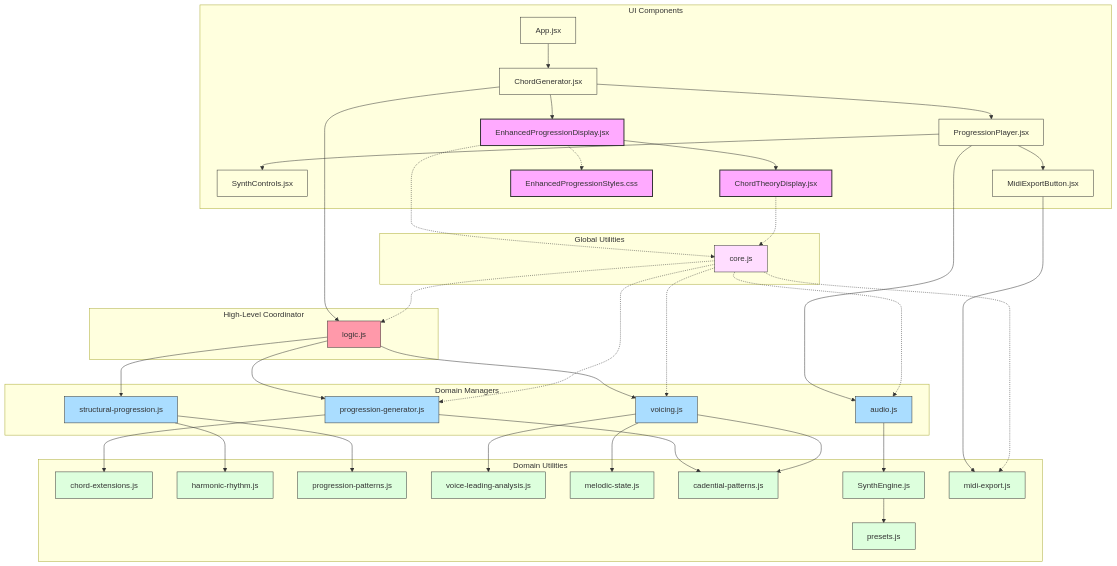
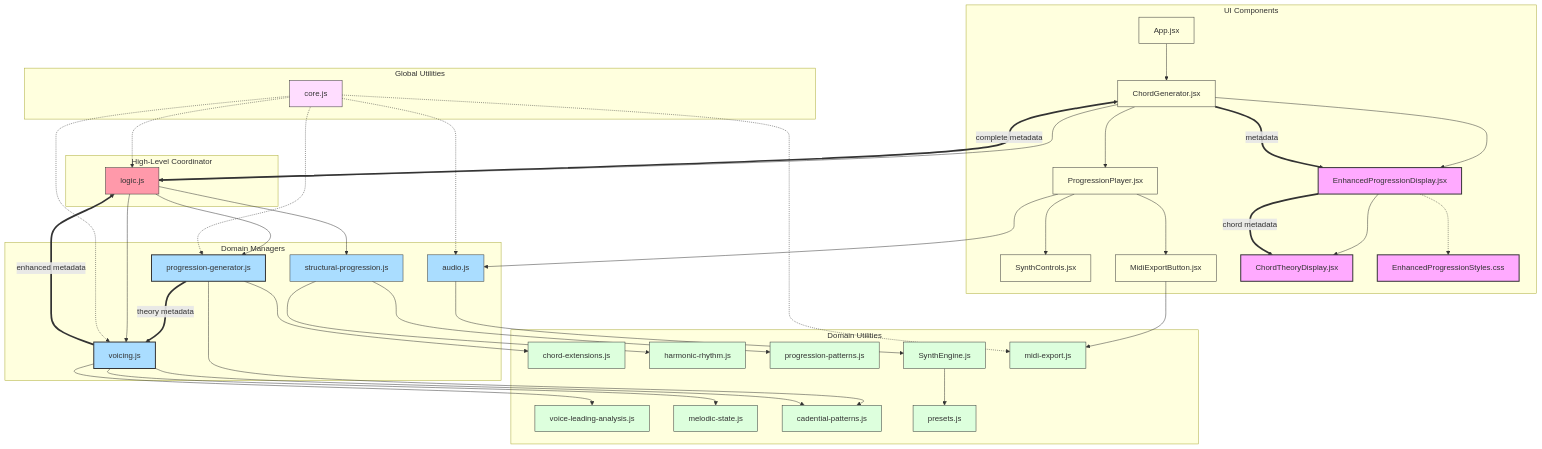
The diagram in src/docs/project-structure.mermaid (late-cretaceous/chord-generator), drawn with Mermaid before and after one commit. The commit also changed 7 other files, not shown here.

Commit message:
refactor: music theory informaiton included as part of the chord object

```diff
--- a/src/docs/project-structure.mermaid
+++ b/src/docs/project-structure.mermaid
@@ -1,92 +1,96 @@
 flowchart TD
     subgraph UI_Components["UI Components"]
         App["App.jsx"]
         ChordGen["ChordGenerator.jsx"]
         ProgPlayer["ProgressionPlayer.jsx"]
         SynthCtrls["SynthControls.jsx"]
         MidiBtn["MidiExportButton.jsx"]
-        EnhProgDisp["EnhancedProgressionDisplay.jsx"]:::new
-        ChordTheory["ChordTheoryDisplay.jsx"]:::new
-        EnhStyles["EnhancedProgressionStyles.css"]:::new
+        EnhProgDisp["EnhancedProgressionDisplay.jsx"]:::enhanced
+        ChordTheory["ChordTheoryDisplay.jsx"]:::enhanced
+        EnhStyles["EnhancedProgressionStyles.css"]:::enhanced
     end
     
     subgraph High_Level["High-Level Coordinator"]
         logic["logic.js"]
     end
     
     subgraph Domain_Managers["Domain Managers"]
-        progression["progression-generator.js"]
+        progression["progression-generator.js"]:::enhanced
         structural["structural-progression.js"]
-        voicing["voicing.js"]
+        voicing["voicing.js"]:::enhanced
         audio["audio.js"]
     end
     
     subgraph Domain_Utilities["Domain Utilities"]
         chordExt["chord-extensions.js"]
         harmRhythm["harmonic-rhythm.js"]
         progPatterns["progression-patterns.js"]
         voiceAnalysis["voice-leading-analysis.js"]
         melodicState["melodic-state.js"]
         cadential["cadential-patterns.js"]
         synthEngine["SynthEngine.js"]
         presets["presets.js"]
         midiExport["midi-export.js"]
     end
     
     subgraph Global_Utilities["Global Utilities"]
         core["core.js"]
     end
     
     %% UI Component Relationships
     App --> ChordGen
     ChordGen --> ProgPlayer
     ChordGen --> EnhProgDisp
     EnhProgDisp --> ChordTheory
     EnhProgDisp -.-> EnhStyles
     ProgPlayer --> SynthCtrls
     ProgPlayer --> MidiBtn
     
     %% High-level connections
     ChordGen --> logic
     ProgPlayer --> audio
     MidiBtn --> midiExport
-    EnhProgDisp -.-> core
-    ChordTheory -.-> core
+    
+    %% Special metadata flow
+    progression ==theory metadata==> voicing
+    voicing ==enhanced metadata==> logic
+    logic ==complete metadata==> ChordGen
+    ChordGen ==metadata==> EnhProgDisp
+    EnhProgDisp ==chord metadata==> ChordTheory
     
     %% High-Level Coordinator to Domain Managers
     logic --> progression
     logic --> structural
     logic --> voicing
     
     %% Domain Manager to Utility Relationships
     progression --> chordExt
     progression --> cadential
     structural --> harmRhythm
     structural --> progPatterns
     voicing --> voiceAnalysis
     voicing --> melodicState
     voicing --> cadential
     audio --> synthEngine
     synthEngine --> presets
     
     %% Core connections
     core -.-> logic
     core -.-> progression
     core -.-> voicing
     core -.-> audio
     core -.-> midiExport
     
     %% Styling
     classDef uiComponent fill:#ffd,stroke:#333
     classDef highLevel fill:#f9a,stroke:#333
     classDef domainManager fill:#adf,stroke:#333
     classDef utility fill:#dfd,stroke:#333
     classDef globalUtility fill:#fdf,stroke:#333
-    classDef new fill:#faf,stroke:#333,stroke-width:2px
+    classDef enhanced fill:#faf,stroke:#333,stroke-width:2px
     
     class App,ChordGen,ProgPlayer,SynthCtrls,MidiBtn uiComponent
     class logic highLevel
     class progression,structural,voicing,audio domainManager
     class chordExt,harmRhythm,progPatterns,voiceAnalysis,melodicState,cadential,synthEngine,presets,midiExport utility
     class core globalUtility
-    class EnhProgDisp,ChordTheory,EnhStyles new
```
